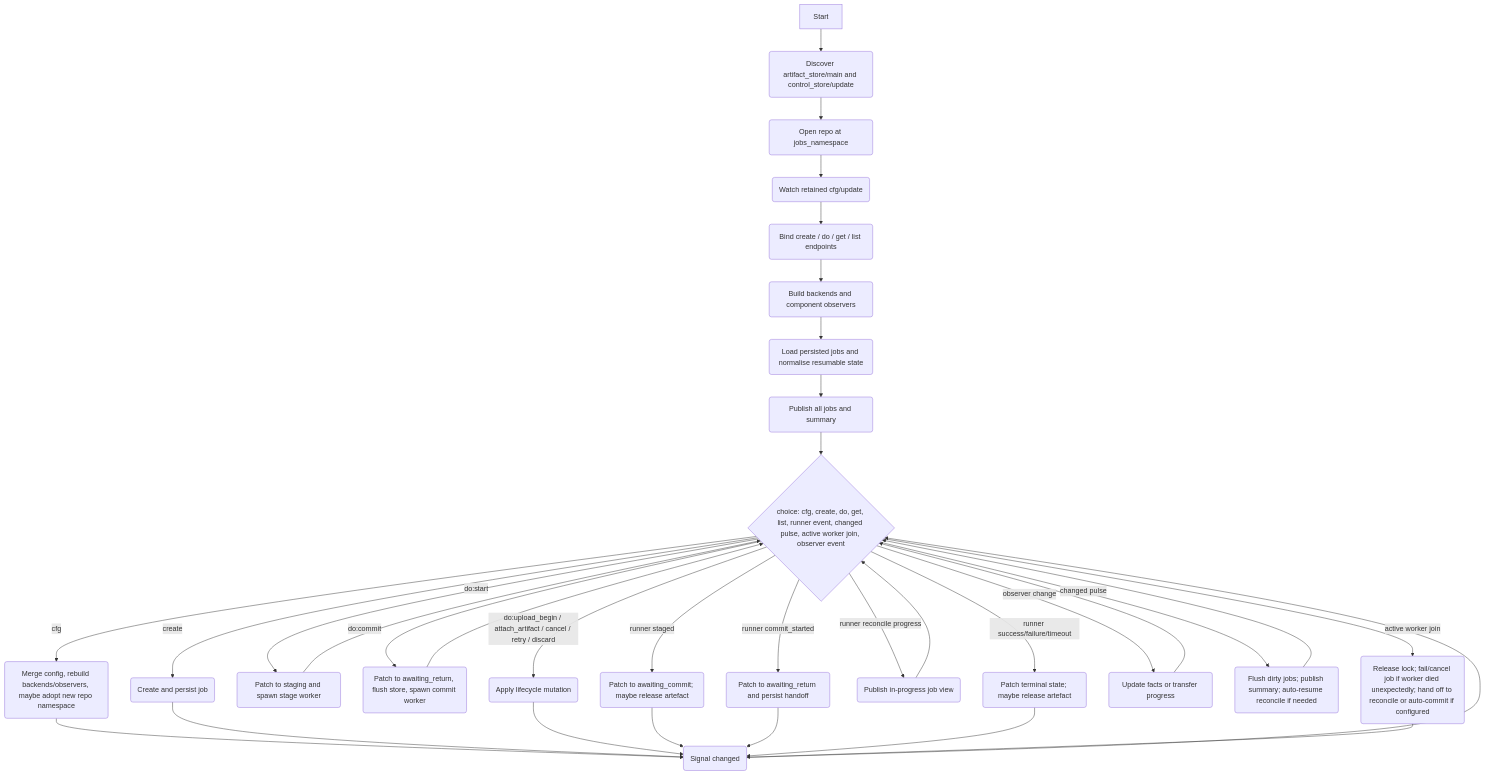
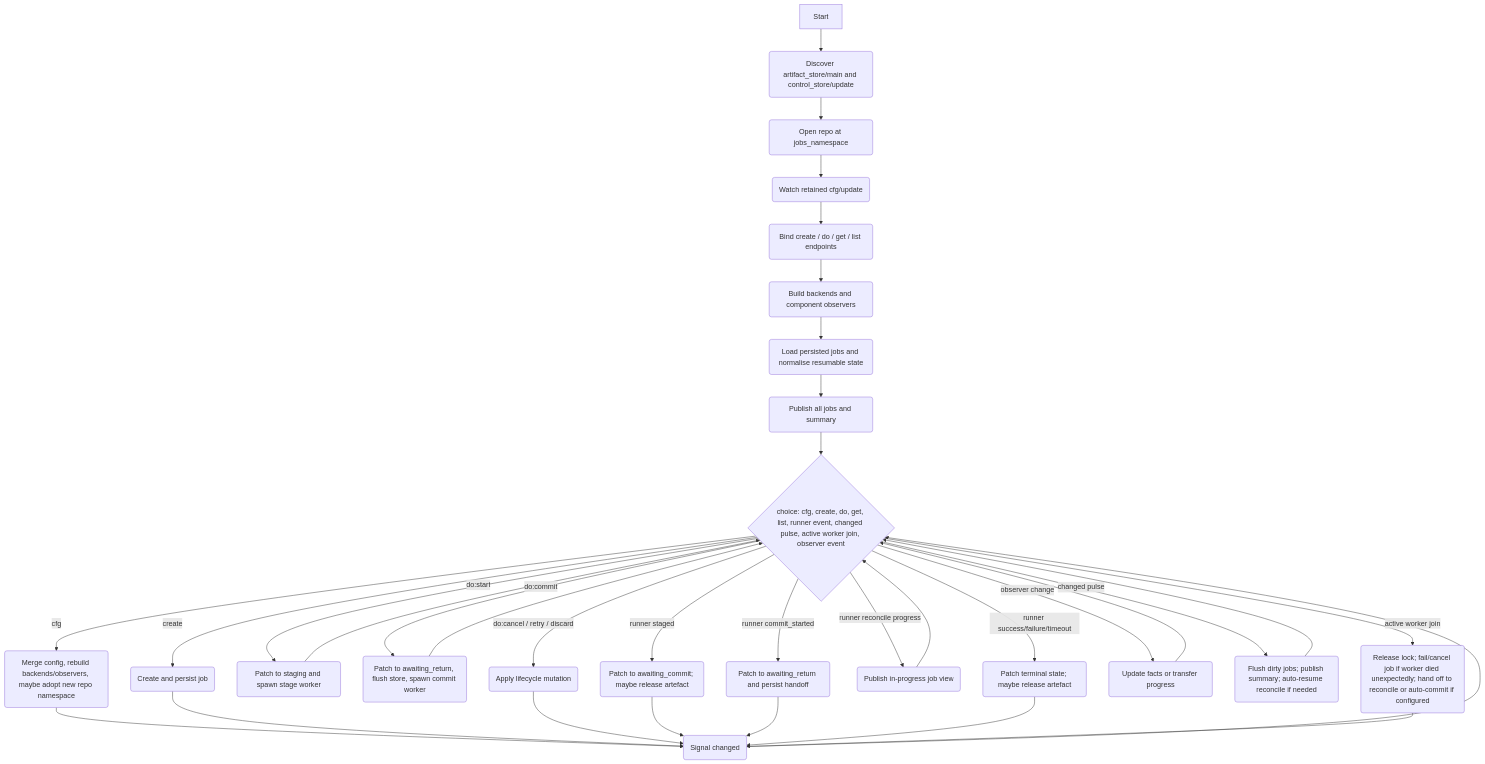
One commit to jangala-dev/devicecode-lua changed the diagram in docs/specs/update.md. Above: the diagram before and after it, drawn with Mermaid. The commit also changed other lines of this file and 3 other files, not shown here.

````diff
--- a/docs/specs/update.md
+++ b/docs/specs/update.md
@@ -686,36 +644,36 @@
 ```mermaid
 flowchart TD
   St[Start] --> A(Discover artifact_store/main and control_store/update)
   A --> B(Open repo at jobs_namespace)
   B --> C(Watch retained cfg/update)
   C --> D(Bind create / do / get / list endpoints)
   D --> E(Build backends and component observers)
   E --> F(Load persisted jobs and normalise resumable state)
   F --> G(Publish all jobs and summary)
   G --> H{choice: cfg, create, do, get, list, runner event, changed pulse, active worker join, observer event}
   H -->|cfg| I(Merge config, rebuild backends/observers, maybe adopt new repo namespace)
   I --> J(Signal changed)
   J --> H
   H -->|create| K(Create and persist job)
   K --> J
   H -->|do:start| L(Patch to staging and spawn stage worker)
   L --> H
   H -->|do:commit| M(Patch to awaiting_return, flush store, spawn commit worker)
   M --> H
-  H -->|do:upload_begin / attach_artifact / cancel / retry / discard| N(Apply lifecycle mutation)
+  H -->|do:cancel / retry / discard| N(Apply lifecycle mutation)
   N --> J
   H -->|runner staged| O(Patch to awaiting_commit; maybe release artefact)
   O --> J
   H -->|runner commit_started| P(Patch to awaiting_return and persist handoff)
   P --> J
   H -->|runner reconcile progress| Q(Publish in-progress job view)
   Q --> H
   H -->|runner success/failure/timeout| R(Patch terminal state; maybe release artefact)
   R --> J
   H -->|observer change| S(Update facts or transfer progress)
   S --> H
   H -->|changed pulse| T(Flush dirty jobs; publish summary; auto-resume reconcile if needed)
   T --> H
   H -->|active worker join| U(Release lock; fail/cancel job if worker died unexpectedly; hand off to reconcile or auto-commit if configured)
   U --> J
 ```
````
